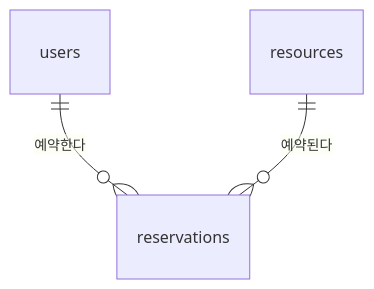
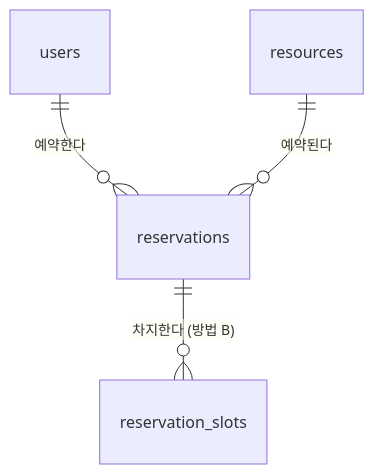
The diagram in README.md (hocastle1999/reservation-api), drawn with Mermaid before and after one commit. The commit also changed other lines of this file and 2 other files, not shown here.

````diff
--- a/README.md
+++ b/README.md
@@ -63,5 +64,6 @@
 ```mermaid
 erDiagram
     users ||--o{ reservations : "예약한다"
     resources ||--o{ reservations : "예약된다"
+    reservations ||--o{ reservation_slots : "차지한다 (방법 B)"
 ```
````
